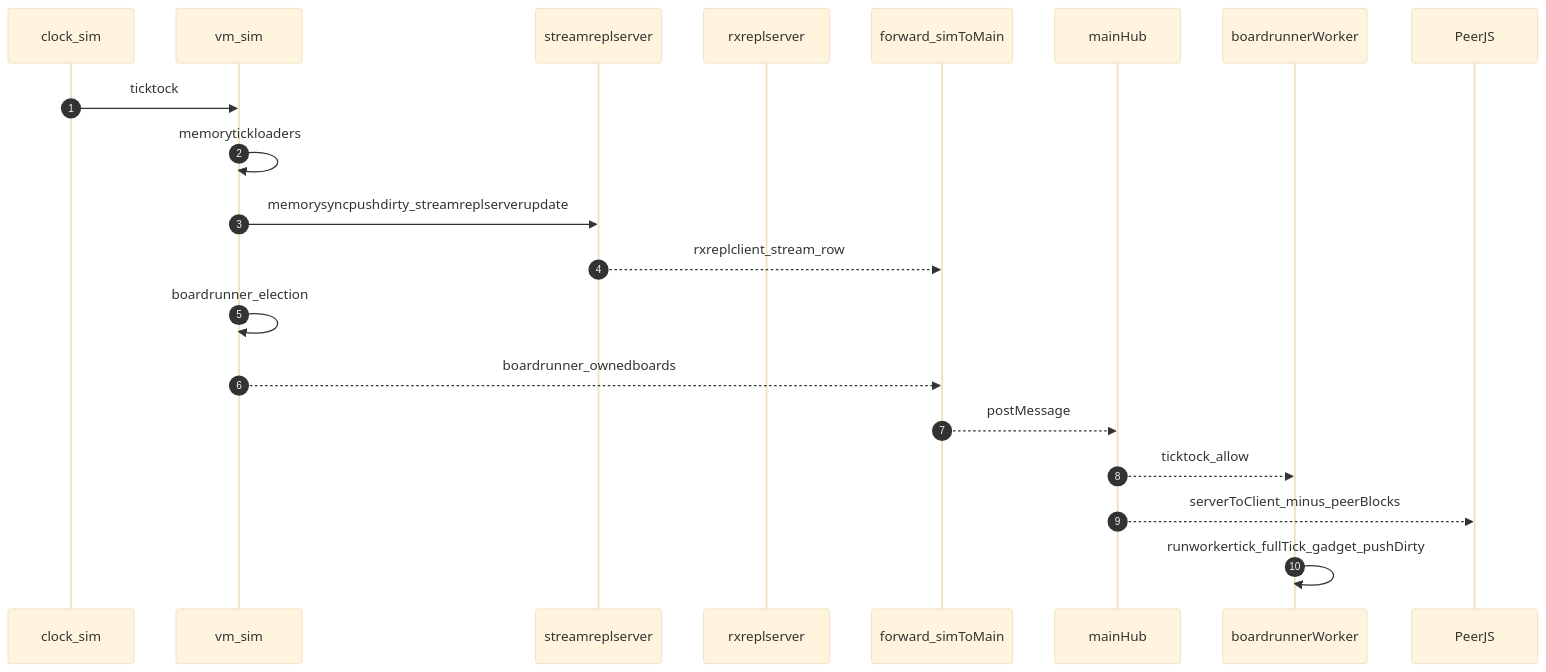
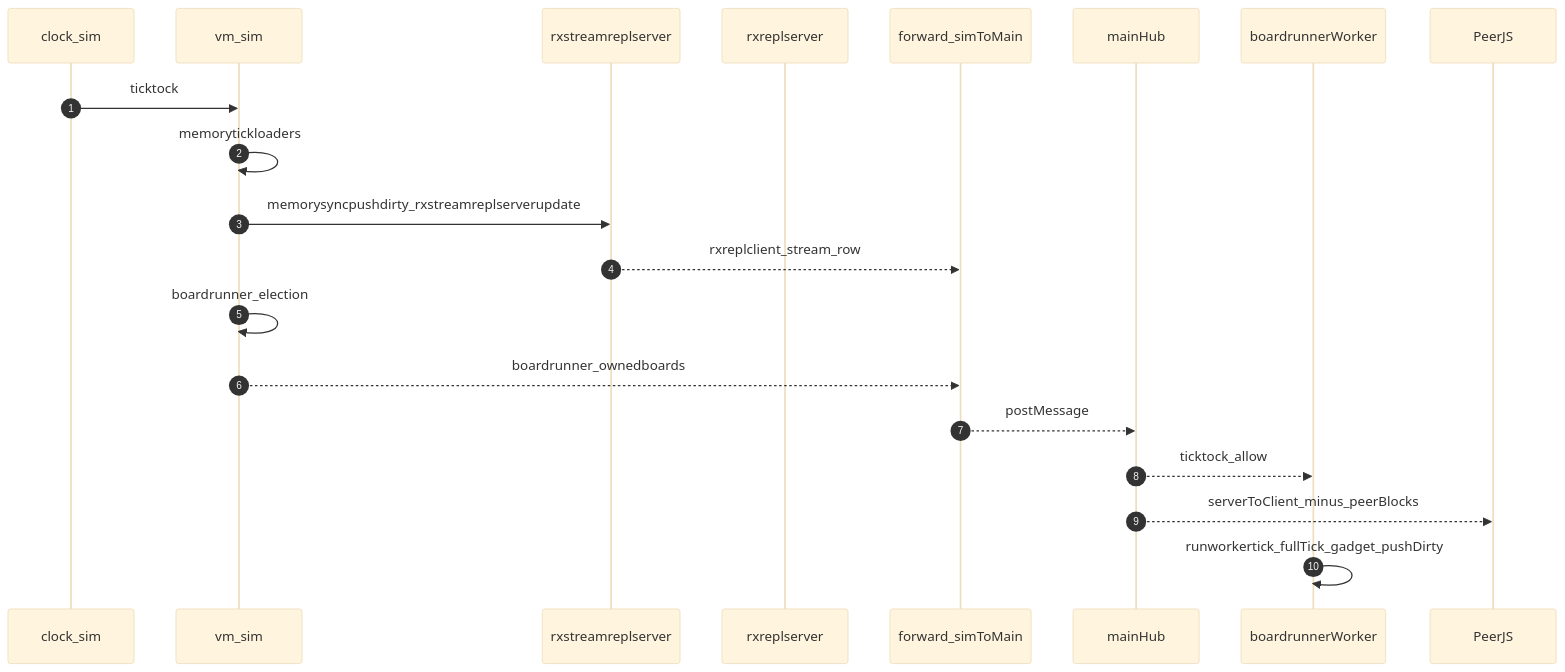
One commit to goldbuick/zed-software-system changed the second of 4 diagrams in zss/device/docs/host-vs-join-architecture.md. Above: the diagram before and after it, drawn with Mermaid (base theme). The commit also changed other lines of this file and 15 other files, not shown here.

````diff
--- a/zss/device/docs/host-vs-join-architecture.md
+++ b/zss/device/docs/host-vs-join-architecture.md
@@ -246,23 +246,23 @@
 ```mermaid
 sequenceDiagram
   autonumber
   participant CLK as clock_sim
   participant VM as vm_sim
-  participant STR as streamreplserver
+  participant STR as rxstreamreplserver
   participant RXS as rxreplserver
   participant FWD as forward_simToMain
   participant MAIN as mainHub
   participant BR as boardrunnerWorker
   participant PEER as PeerJS
 
   CLK->>VM: ticktock
   VM->>VM: memorytickloaders
-  VM->>STR: memorysyncpushdirty_streamreplserverupdate
+  VM->>STR: memorysyncpushdirty_rxstreamreplserverupdate
   STR-->>FWD: rxreplclient_stream_row
   VM->>VM: boardrunner_election
   VM-->>FWD: boardrunner_ownedboards
   FWD-->>MAIN: postMessage
   MAIN-->>BR: ticktock_allow
   MAIN-->>PEER: serverToClient_minus_peerBlocks
   BR->>BR: runworkertick_fullTick_gadget_pushDirty
 ```
````
